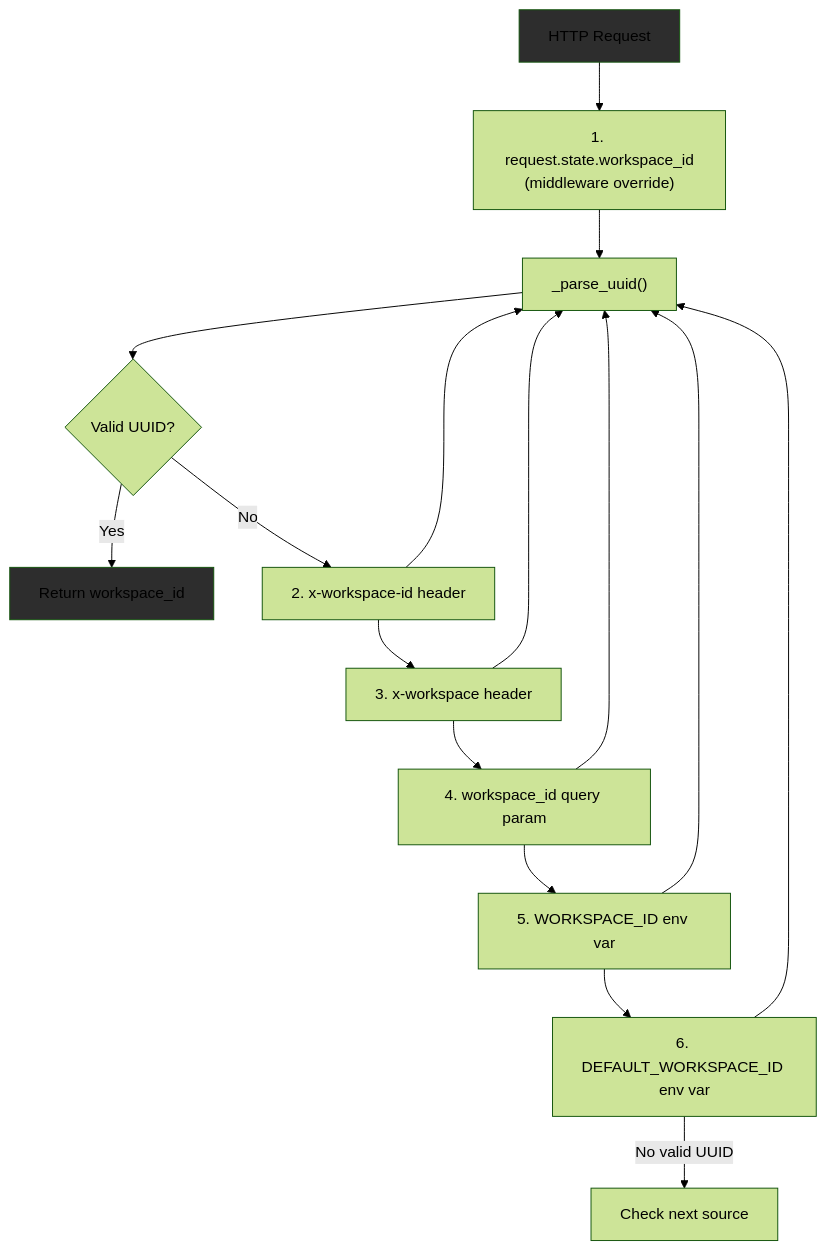
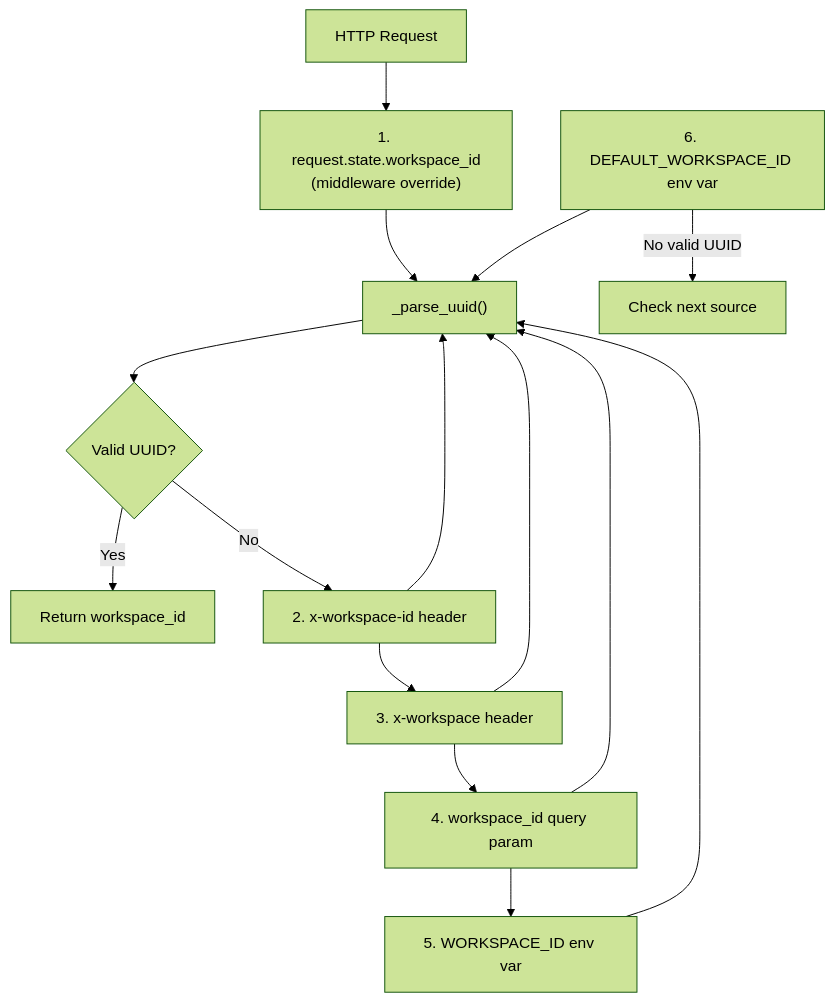
The first of 3 diagrams in docs/authentication-multi-tenancy/workspace-management.md (AutomatosAI/automatos-ai), drawn with Mermaid (forest theme) before and after one commit. The commit also changed other lines of this file and 149 other files, not shown here.

Commit message:
docs: refresh documentation with graphify semantic scan

````diff
--- a/docs/authentication-multi-tenancy/workspace-management.md
+++ b/docs/authentication-multi-tenancy/workspace-management.md
@@ -40,35 +52,31 @@
 ```mermaid
 graph TB
     Request["HTTP Request"]
     
     Check1["1. request.state.workspace_id<br/>(middleware override)"]
     Check2["2. x-workspace-id header"]
     Check3["3. x-workspace header"]
     Check4["4. workspace_id query param"]
     Check5["5. WORKSPACE_ID env var"]
     Check6["6. DEFAULT_WORKSPACE_ID env var"]
     
     Parse["_parse_uuid()"]
     Valid{"Valid UUID?"}
     Return["Return workspace_id"]
     NextCheck["Check next source"]
     
     Request --> Check1
     Check1 --> Parse
     Parse --> Valid
     Valid -->|Yes| Return
     Valid -->|No| Check2
     Check2 --> Parse
     Check2 --> Check3
     Check3 --> Parse
     Check3 --> Check4
     Check4 --> Parse
     Check4 --> Check5
     Check5 --> Parse
-    Check5 --> Check6
     Check6 --> Parse
     Check6 -->|No valid UUID| NextCheck
-    
-    style Return fill:#2d2d2d
-    style Request fill:#2d2d2d
 ```
````
